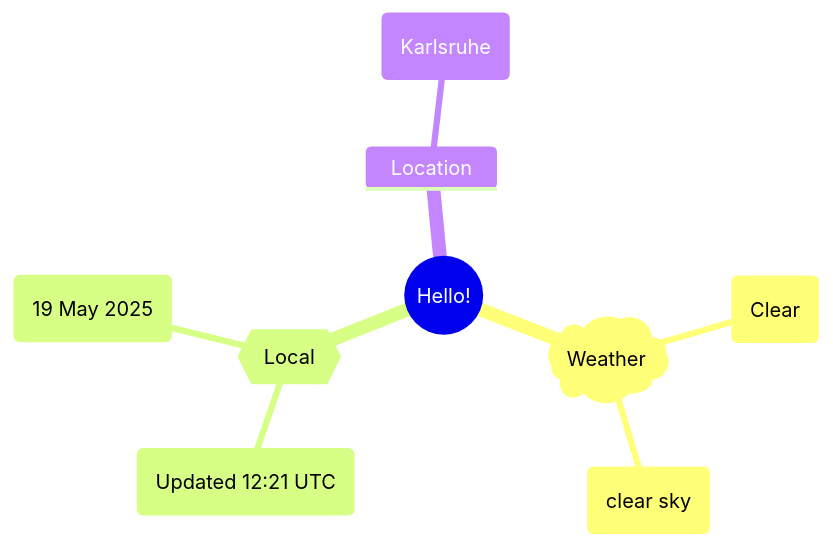
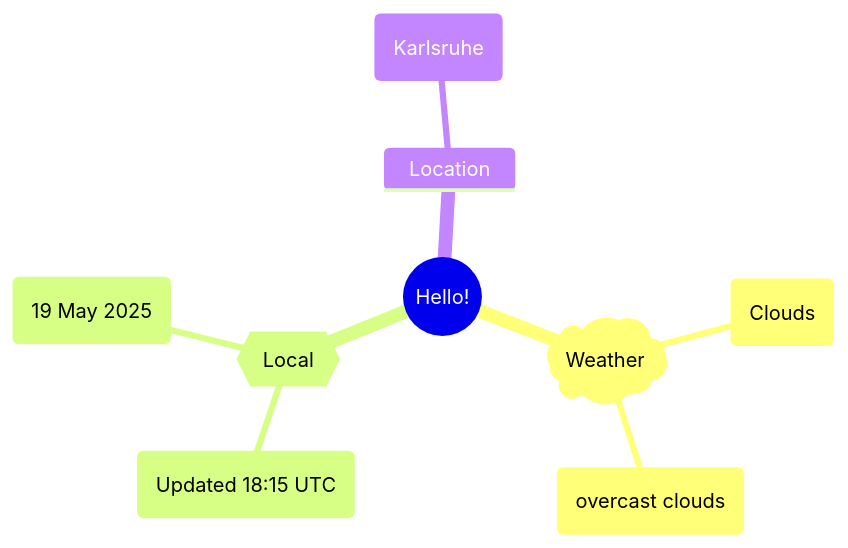
Before and after one commit to Xosrov/Xosrov: the first of 2 diagrams in README.md, drawn with Mermaid.

Commit message:
[bot] updated images

````diff
--- a/README.md
+++ b/README.md
@@ -3,12 +3,12 @@
 ```mermaid
 mindmap
   root((Hello!))
     )Weather(
-        (Clear)
-        (clear sky)
+        (Clouds)
+        (overcast clouds)
     {{Local}}
-        (Updated 12:21 UTC)
+        (Updated 18:15 UTC)
         (19 May 2025)
     Location
         (Karlsruhe)
 ```
````
